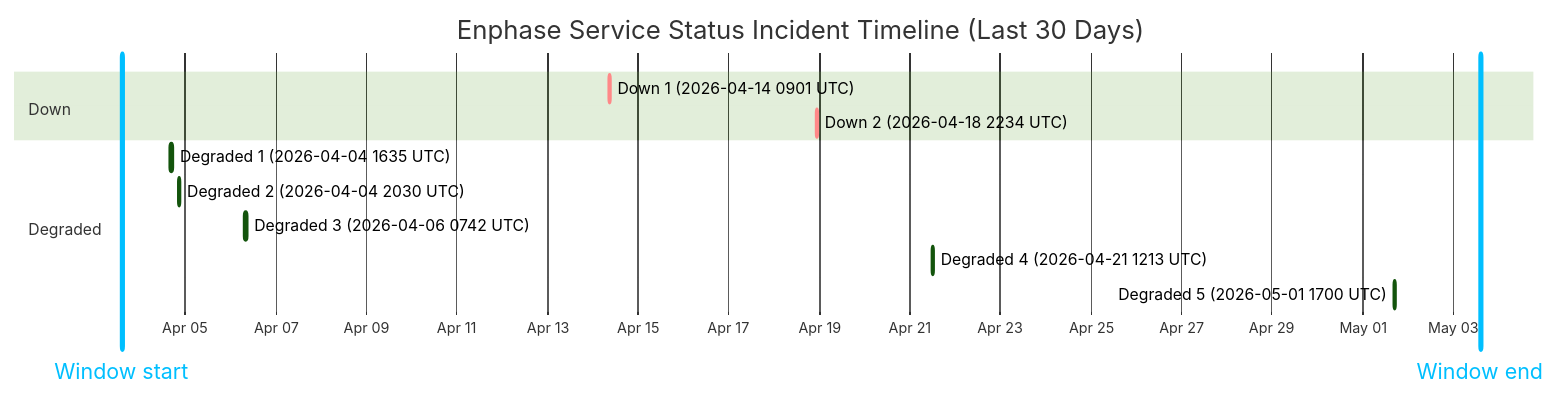
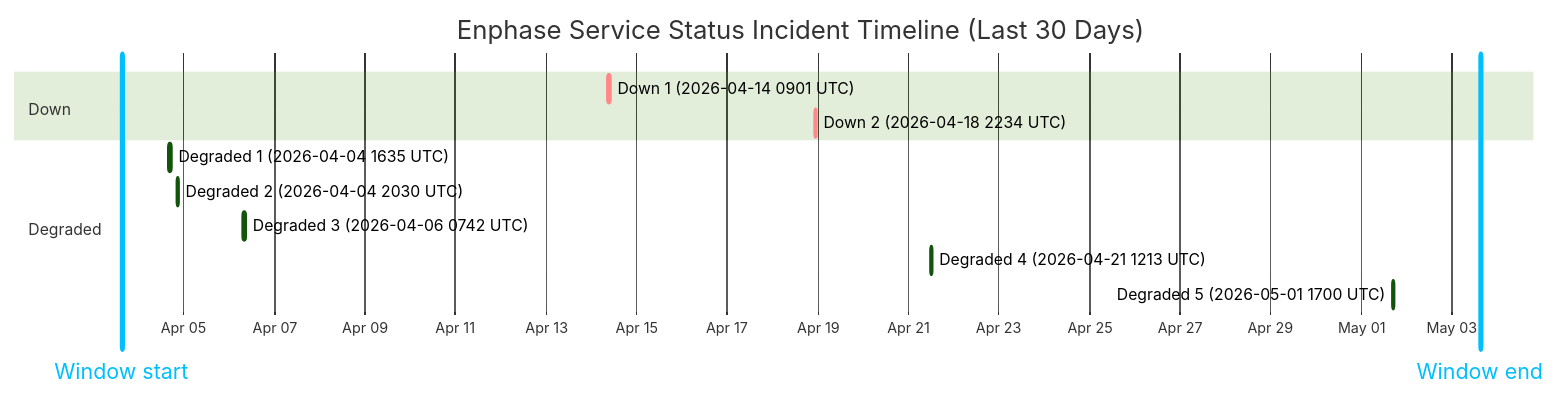
The diagram in wiki/Service-Status-History.md (barneyonline/ha-enphase-ev-charger), drawn with Mermaid (forest theme) before and after one commit. The commit also changed other lines of this file and 3 other files, not shown here.

````diff
--- a/wiki/Service-Status-History.md
+++ b/wiki/Service-Status-History.md
@@ -14,17 +14,17 @@
 ```mermaid
 gantt
     title Enphase Service Status Incident Timeline (Last 30 Days)
     dateFormat  YYYY-MM-DDTHH:mm:ss
     axisFormat  %b %d
-    Window start :vert, window-start, 2026-04-03T14:28:07, 0ms
-    Window end :vert, window-end, 2026-05-03T14:28:07, 0ms
+    Window start :vert, window-start, 2026-04-03T15:11:56, 0ms
+    Window end :vert, window-end, 2026-05-03T15:11:56, 0ms
     section Down
     Down 1 (2026-04-14 0901 UTC) :crit, down-1, 2026-04-14T09:01:13, 60m
     Down 2 (2026-04-18 2234 UTC) :crit, down-2, 2026-04-18T22:34:13, 60m
     section Degraded
     Degraded 1 (2026-04-04 1635 UTC) :active, degraded-1, 2026-04-04T16:35:17, 60m
     Degraded 2 (2026-04-04 2030 UTC) :active, degraded-2, 2026-04-04T20:30:40, 60m
     Degraded 3 (2026-04-06 0742 UTC) :active, degraded-3, 2026-04-06T07:42:09, 85m
     Degraded 4 (2026-04-21 1213 UTC) :active, degraded-4, 2026-04-21T12:13:11, 60m
     Degraded 5 (2026-05-01 1700 UTC) :active, degraded-5, 2026-05-01T17:00:22, 60m
 ```
````
